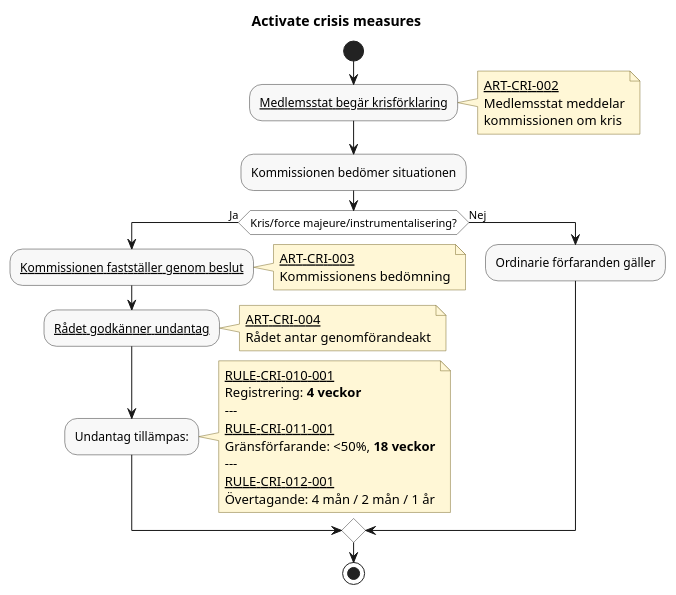
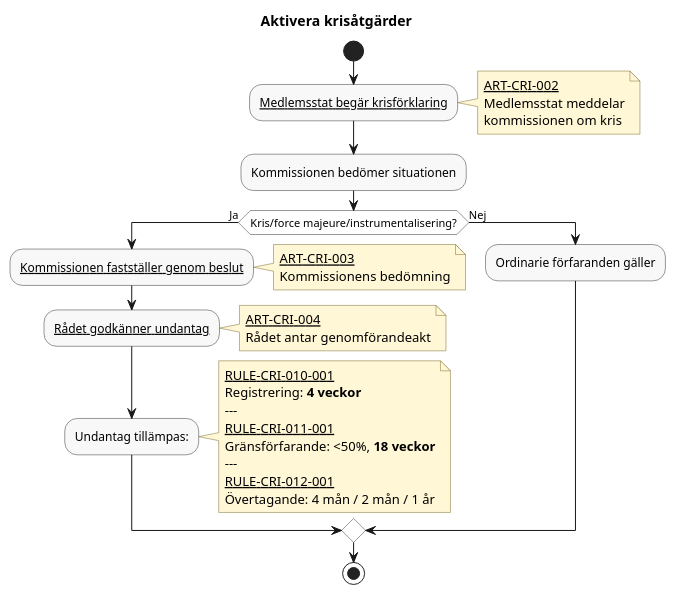
The diagram in docs/domains/crisis/diagrams/activate-crisis-measures.pu (chrhe894/migration_pact), drawn with PlantUML before and after one commit. The commit also changed other lines of this file and 225 other files, not shown here.

```diff
--- a/docs/domains/crisis/diagrams/activate-crisis-measures.pu
+++ b/docs/domains/crisis/diagrams/activate-crisis-measures.pu
@@ -14,65 +14,65 @@
 @startuml activate-crisis-measures
 
-title Activate crisis measures
+title Aktivera krisåtgärder
 
 skinparam shadowing false
 skinparam HyperlinkColor Black
 skinparam HyperlinkUnderline true
 skinparam defaultFontName Arial
 skinparam activity {
   BackgroundColor #F8F8F8
   BorderColor #333333
   DiamondBackgroundColor #FFFFFF
   DiamondBorderColor #333333
 }
 skinparam note {
   BackgroundColor #FFF7D6
   BorderColor #7A6A2A
 }
 
 start
 
 :[[../articles/crisis-002.md Medlemsstat begär krisförklaring]];
 note right
   [[../articles/crisis-002.md ART-CRI-002]]
   Medlemsstat meddelar
   kommissionen om kris
 end note
 
 :Kommissionen bedömer situationen;
 
 if (Kris/force majeure/instrumentalisering?) then (Ja)
 
     :[[../articles/crisis-003.md Kommissionen fastställer genom beslut]];
     note right
       [[../articles/crisis-003.md ART-CRI-003]]
       Kommissionens bedömning
     end note
 
     :[[../articles/crisis-004.md Rådet godkänner undantag]];
     note right
       [[../articles/crisis-004.md ART-CRI-004]]
       Rådet antar genomförandeakt
     end note
 
     :Undantag tillämpas:;
     note right
       [[../rules/rule-cri-010-001.md RULE-CRI-010-001]]
       Registrering: **4 veckor**
       ---
       [[../rules/rule-cri-011-001.md RULE-CRI-011-001]]
       Gränsförfarande: <50%, **18 veckor**
       ---
       [[../rules/rule-cri-012-001.md RULE-CRI-012-001]]
       Övertagande: 4 mån / 2 mån / 1 år
     end note
 
 else (Nej)
 
     :Ordinarie förfaranden gäller;
 
 endif
 
 stop
 
 @enduml
```
